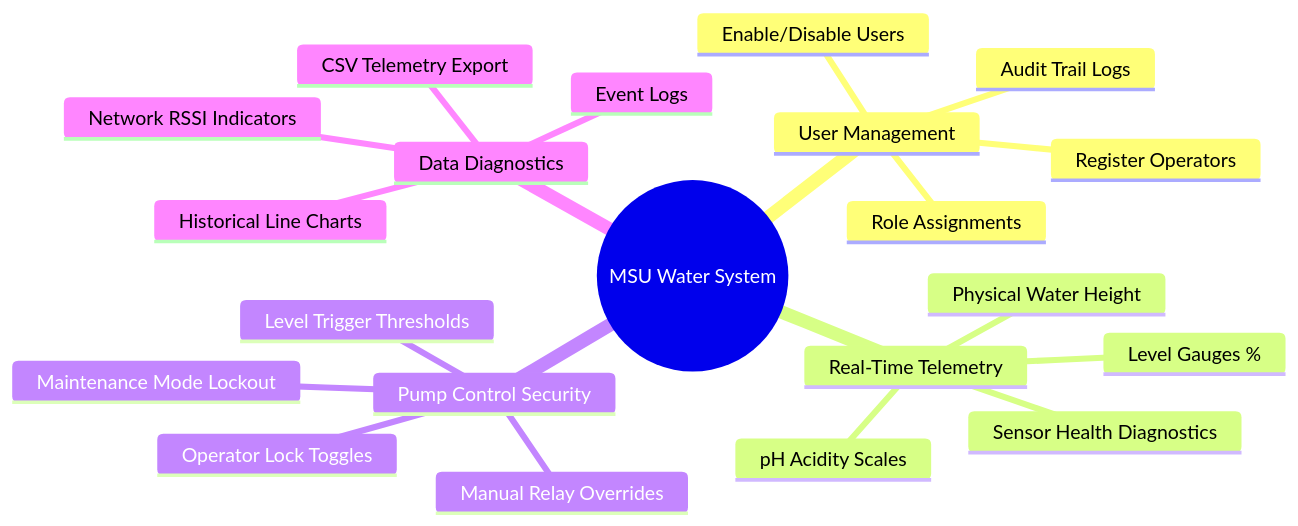
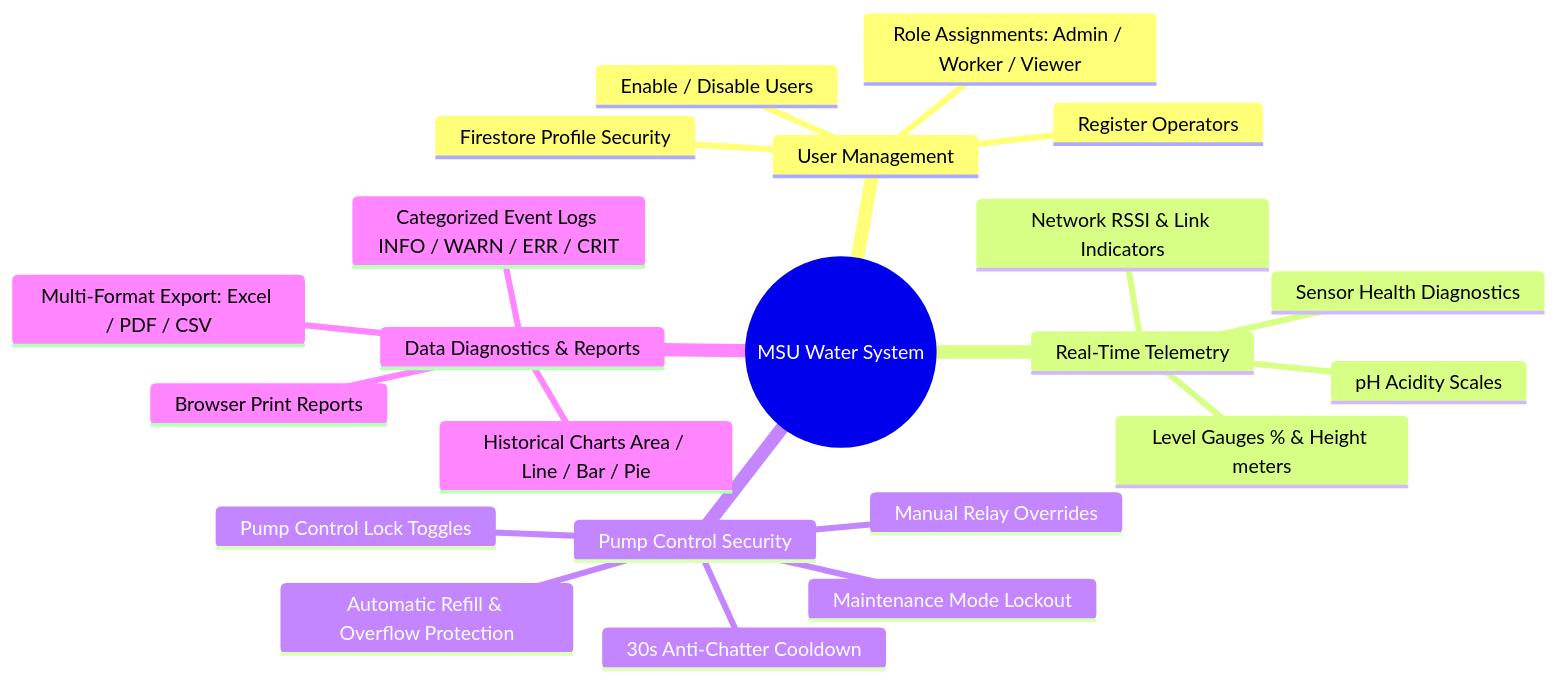
Before and after one commit to zai-241/MSU-WATER-MONITORING-SYSTEM-CAPSTONE: the diagram in docs/SRS.md, drawn with Mermaid. The commit also changed other lines of this file and 3 other files, not shown here.

Commit message:
docs: harmonize all system specifications, thresholds, and architecture with codebase

````diff
--- a/docs/SRS.md
+++ b/docs/SRS.md
@@ -20,24 +25,25 @@
 ```mermaid
 mindmap
   root((MSU Water System))
     User Management
       Register Operators
-      Role Assignments
-      Enable/Disable Users
-      Audit Trail Logs
+      Role Assignments: Admin / Worker / Viewer
+      Enable / Disable Users
+      Firestore Profile Security
     Real-Time Telemetry
-      Level Gauges %
+      Level Gauges % & Height meters
       pH Acidity Scales
-      Physical Water Height
       Sensor Health Diagnostics
+      Network RSSI & Link Indicators
     Pump Control Security
+      Automatic Refill & Overflow Protection
       Manual Relay Overrides
-      Level Trigger Thresholds
+      30s Anti-Chatter Cooldown
       Maintenance Mode Lockout
-      Operator Lock Toggles
-    Data Diagnostics
-      Event Logs
-      Historical Line Charts
-      CSV Telemetry Export
-      Network RSSI Indicators
+      Pump Control Lock Toggles
+    Data Diagnostics & Reports
+      Categorized Event Logs INFO / WARN / ERR / CRIT
+      Historical Charts Area / Line / Bar / Pie
+      Multi-Format Export: Excel / PDF / CSV
+      Browser Print Reports
 ```
````
